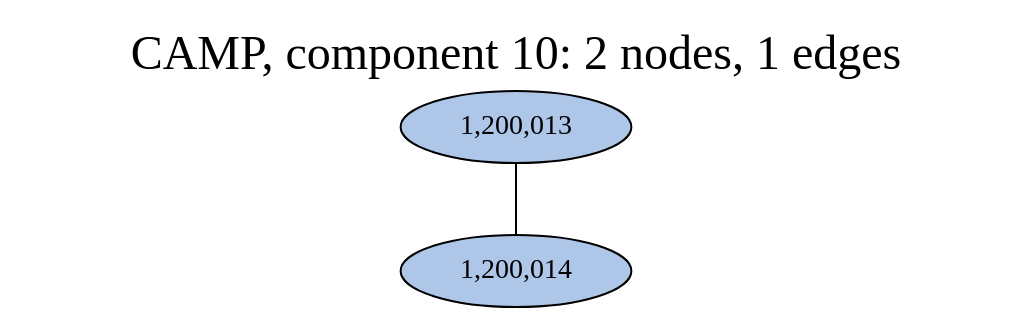
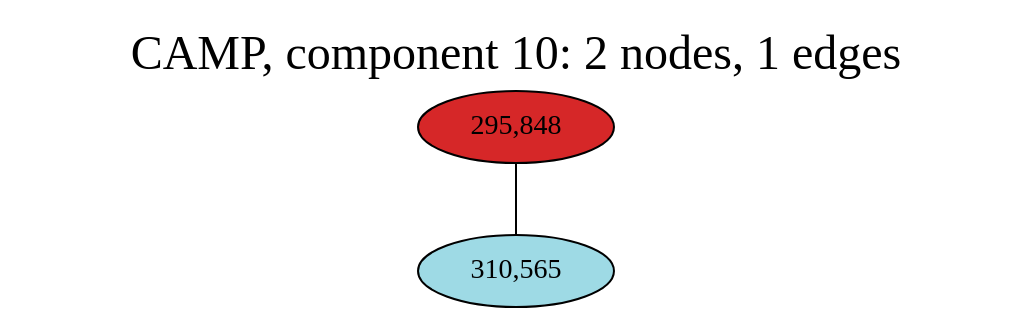
Before and after one commit to fedarko/sheepgut: the diagram in notebooks/graphs/CAMP_cc10.gv, drawn with Graphviz. The commit also changed 28 other files, not shown here.

```diff
--- a/notebooks/graphs/CAMP_cc10.gv
+++ b/notebooks/graphs/CAMP_cc10.gv
@@ -1,10 +1,10 @@
 graph CAMP_cc10 {
 	overlap="prism50";
 	outputorder="edgesfirst";
 	label="CAMP, component 10: 2 nodes, 1 edges";
 	labelloc="t";
 	fontsize=24;
-	"1,200,013" [style="filled", fillcolor="#aec7e8", fontcolor="#000000"];
-	"1,200,014" [style="filled", fillcolor="#aec7e8", fontcolor="#000000"];
-	"1,200,013" -- "1,200,014";
+	"295,848" [style="filled", fillcolor="#d62728", fontcolor="#000000"];
+	"310,565" [style="filled", fillcolor="#9edae5", fontcolor="#000000"];
+	"295,848" -- "310,565";
 }
```
